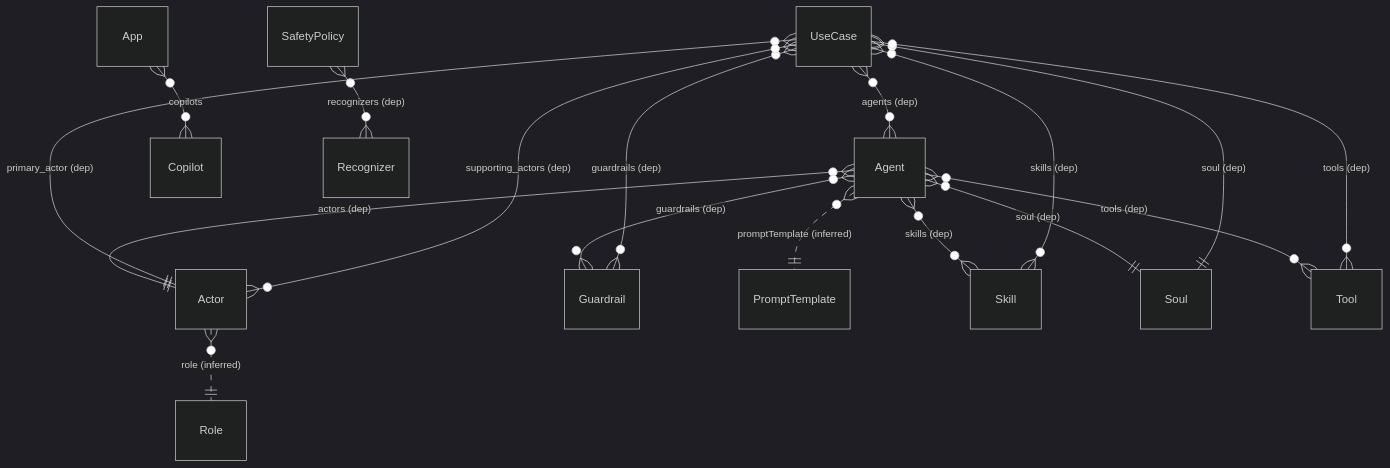
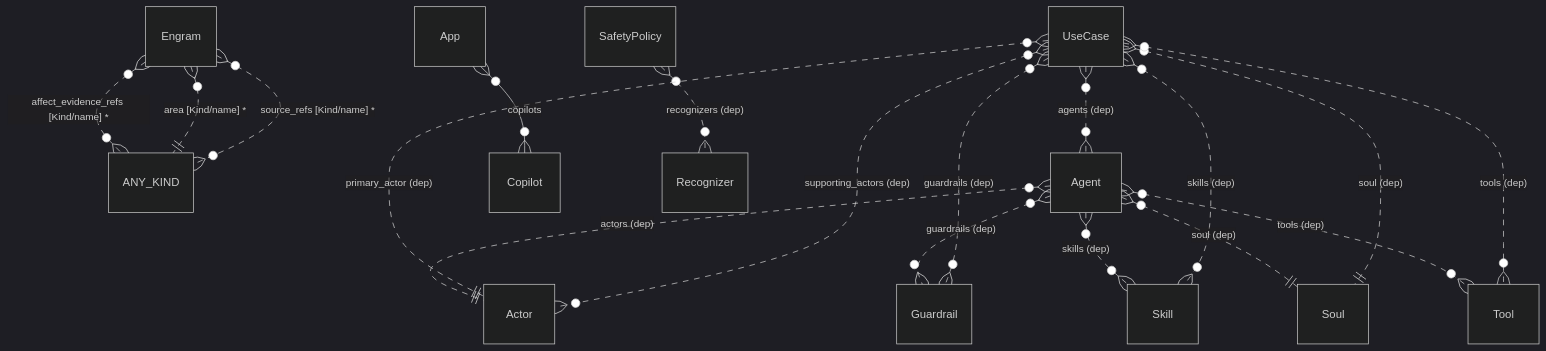
The second of 8 diagrams in docs/reference/data-model.md (ruinosus/dna), drawn with Mermaid (dark theme) before and after one commit. The commit also changed other lines of this file and 71 other files, not shown here.

````diff
--- a/docs/reference/data-model.md
+++ b/docs/reference/data-model.md
@@ -171,32 +127,33 @@
 ```mermaid
 erDiagram
+    ANY_KIND
     Actor
     Agent
     App
     Copilot
+    Engram
     Guardrail
-    PromptTemplate
     Recognizer
-    Role
     SafetyPolicy
     Skill
     Soul
     Tool
     UseCase
-    Actor }o..|| Role : "role (inferred)"
-    Agent }o--|| Actor : "actors (dep)"
-    Agent }o--}o Guardrail : "guardrails (dep)"
-    Agent }o..|| PromptTemplate : "promptTemplate (inferred)"
-    Agent }o--}o Skill : "skills (dep)"
-    Agent }o--|| Soul : "soul (dep)"
-    Agent }o--}o Tool : "tools (dep)"
+    Agent }o..|| Actor : "actors (dep)"
+    Agent }o..}o Guardrail : "guardrails (dep)"
+    Agent }o..}o Skill : "skills (dep)"
+    Agent }o..|| Soul : "soul (dep)"
+    Agent }o..}o Tool : "tools (dep)"
     App }o--}o Copilot : "copilots"
-    SafetyPolicy }o--}o Recognizer : "recognizers (dep)"
-    UseCase }o--}o Agent : "agents (dep)"
-    UseCase }o--}o Guardrail : "guardrails (dep)"
-    UseCase }o--|| Actor : "primary_actor (dep)"
-    UseCase }o--}o Skill : "skills (dep)"
-    UseCase }o--|| Soul : "soul (dep)"
-    UseCase }o--}o Actor : "supporting_actors (dep)"
-    UseCase }o--}o Tool : "tools (dep)"
+    Engram }o..}o ANY_KIND : "affect_evidence_refs [Kind/name] *"
+    Engram }o..|| ANY_KIND : "area [Kind/name] *"
+    Engram }o..}o ANY_KIND : "source_refs [Kind/name] *"
+    SafetyPolicy }o..}o Recognizer : "recognizers (dep)"
+    UseCase }o..}o Agent : "agents (dep)"
+    UseCase }o..}o Guardrail : "guardrails (dep)"
+    UseCase }o..|| Actor : "primary_actor (dep)"
+    UseCase }o..}o Skill : "skills (dep)"
+    UseCase }o..|| Soul : "soul (dep)"
+    UseCase }o..}o Actor : "supporting_actors (dep)"
+    UseCase }o..}o Tool : "tools (dep)"
 ```
````
